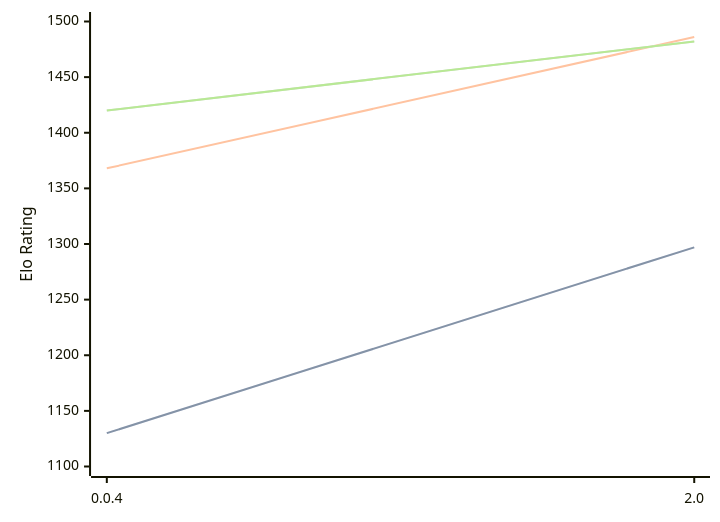
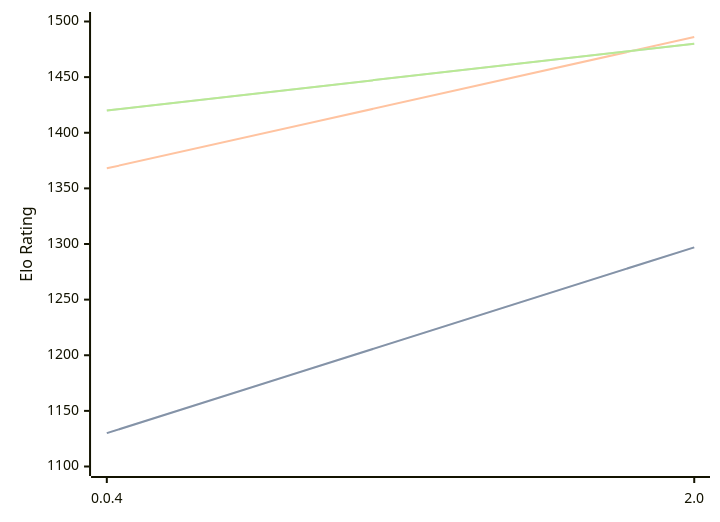
Before and after one commit to computer-chess-index/cci: the diagram in engines/Oops!Mate.md, drawn with Mermaid. The commit also changed other lines of this file, not shown here.

Commit message:
Update CCI Ratings (ELO VLTC) - 2026-05-15

````diff
--- a/engines/Oops!Mate.md
+++ b/engines/Oops!Mate.md
@@ -52,11 +52,11 @@
 ```mermaid
 %%{init: {"theme":"base","themeVariables":{"seriesColors:['#a3a3a3','#222221','#faa371']}}}%%
 xychart-beta
   x-axis ["0.0.4", "2.0"]
   y-axis "Elo Rating" 1100 --> 1500
   line "STC (8.0+0.08s)" [1130, 1297]
   line "STC (8.0+0.08s)" [1130, 1297]
   line "LTC (60.0+0.60s)" [1368, 1486]
-  line "VLTC (2m24s+1.12s)" [1420, 1482]
-  line "VLTC (2m24s+1.12s)" [1420, 1482]
+  line "VLTC (2m24s+1.12s)" [1420, 1480]
+  line "VLTC (2m24s+1.12s)" [1420, 1480]
 ```
````
